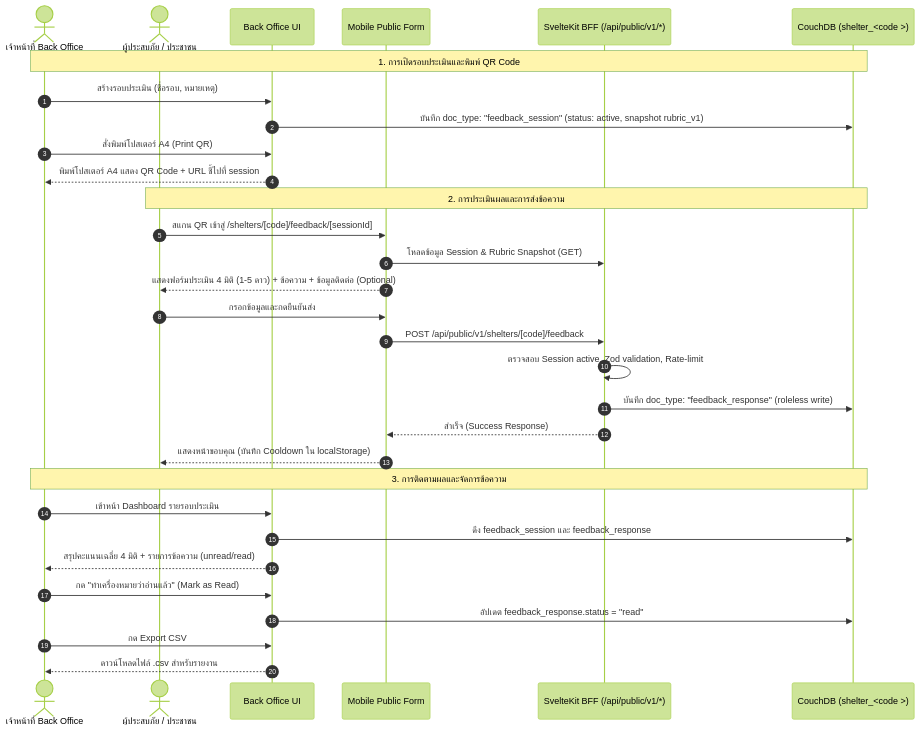
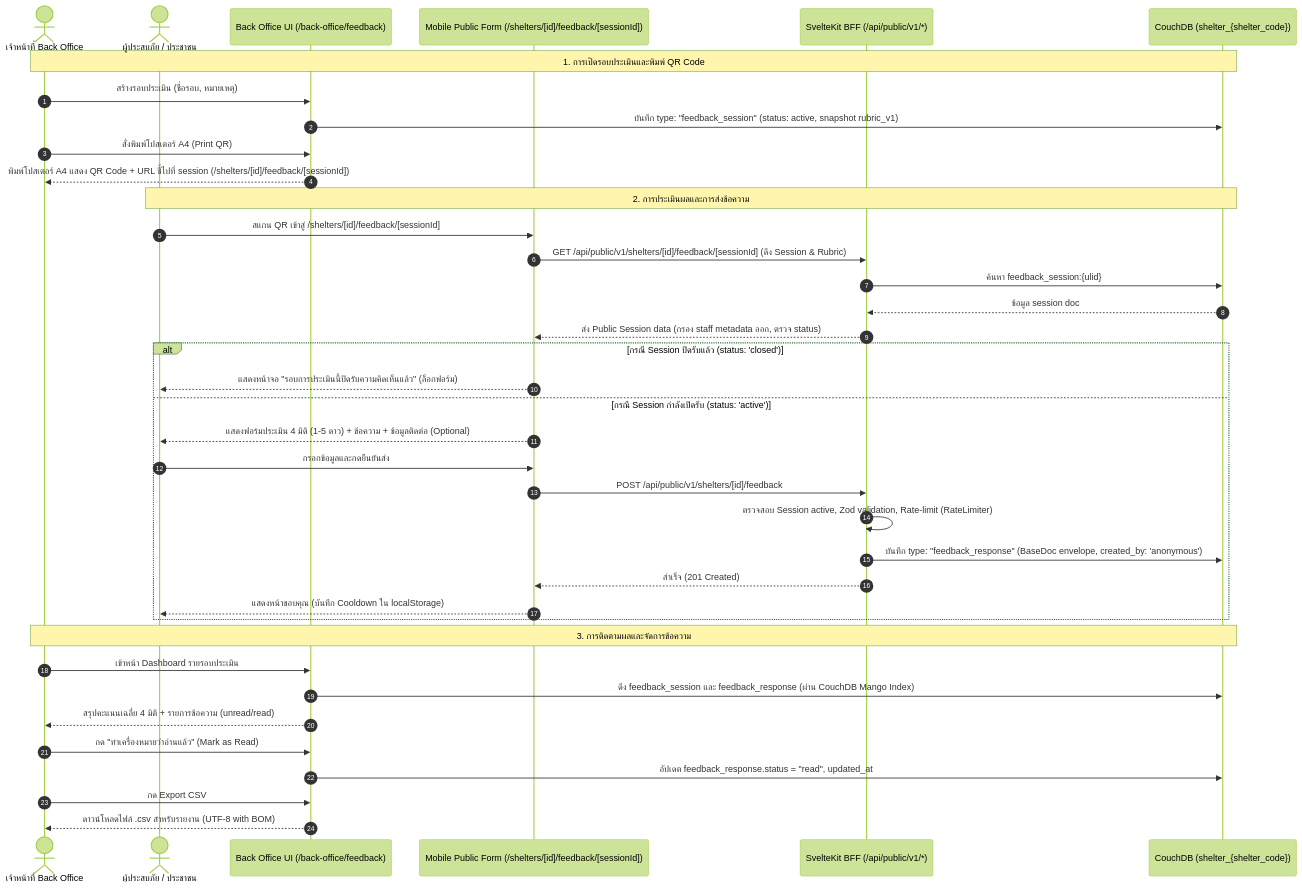
The diagram in docs/features/shelter-feedback-rubric-spec.md (r202-coe-psu/tent), drawn with Mermaid (forest theme) before and after one commit. The commit also changed other lines of this file and 1 other file, not shown here.

````diff
--- a/docs/features/shelter-feedback-rubric-spec.md
+++ b/docs/features/shelter-feedback-rubric-spec.md
@@ -34,39 +34,46 @@
 ```mermaid
 sequenceDiagram
     autonumber
     actor Staff as เจ้าหน้าที่ Back Office
     actor Evacuee as ผู้ประสบภัย / ประชาชน
-    participant BO as Back Office UI
-    participant PublicUI as Mobile Public Form
+    participant BO as Back Office UI (/back-office/feedback)
+    participant PublicUI as Mobile Public Form (/shelters/[id]/feedback/[sessionId])
     participant BFF as SvelteKit BFF (/api/public/v1/*)
-    participant Couch as CouchDB (shelter_<code >)
+    participant Couch as CouchDB (shelter_{shelter_code})
 
     %% Session Creation & Print
     Note over Staff, Couch: 1. การเปิดรอบประเมินและพิมพ์ QR Code
     Staff->>BO: สร้างรอบประเมิน (ชื่อรอบ, หมายเหตุ)
-    BO->>Couch: บันทึก doc_type: "feedback_session" (status: active, snapshot rubric_v1)
+    BO->>Couch: บันทึก type: "feedback_session" (status: active, snapshot rubric_v1)
     Staff->>BO: สั่งพิมพ์โปสเตอร์ A4 (Print QR)
-    BO-->>Staff: พิมพ์โปสเตอร์ A4 แสดง QR Code + URL ชี้ไปที่ session
+    BO-->>Staff: พิมพ์โปสเตอร์ A4 แสดง QR Code + URL ชี้ไปที่ session (/shelters/[id]/feedback/[sessionId])
 
     %% Evacuee Feedback Submission
     Note over Evacuee, Couch: 2. การประเมินผลและการส่งข้อความ
-    Evacuee->>PublicUI: สแกน QR เข้าสู่ /shelters/[code]/feedback/[sessionId]
-    PublicUI->>BFF: โหลดข้อมูล Session & Rubric Snapshot (GET)
-    PublicUI-->>Evacuee: แสดงฟอร์มประเมิน 4 มิติ (1-5 ดาว) + ข้อความ + ข้อมูลติดต่อ (Optional)
-    Evacuee->>PublicUI: กรอกข้อมูลและกดยืนยันส่ง
-    PublicUI->>BFF: POST /api/public/v1/shelters/[code]/feedback
-    BFF->>BFF: ตรวจสอบ Session active, Zod validation, Rate-limit
-    BFF->>Couch: บันทึก doc_type: "feedback_response" (roleless write)
-    BFF-->>PublicUI: สำเร็จ (Success Response)
-    PublicUI-->>Evacuee: แสดงหน้าขอบคุณ (บันทึก Cooldown ใน localStorage)
+    Evacuee->>PublicUI: สแกน QR เข้าสู่ /shelters/[id]/feedback/[sessionId]
+    PublicUI->>BFF: GET /api/public/v1/shelters/[id]/feedback/[sessionId] (ดึง Session & Rubric)
+    BFF->>Couch: ค้นหา feedback_session:{ulid}
+    Couch-->>BFF: ข้อมูล session doc
+    BFF-->>PublicUI: ส่ง Public Session data (กรอง staff metadata ออก, ตรวจ status)
+    alt กรณี Session ปิดรับแล้ว (status: 'closed')
+        PublicUI-->>Evacuee: แสดงหน้าจอ "รอบการประเมินนี้ปิดรับความคิดเห็นแล้ว" (ล็อกฟอร์ม)
+    else กรณี Session กำลังเปิดรับ (status: 'active')
+        PublicUI-->>Evacuee: แสดงฟอร์มประเมิน 4 มิติ (1-5 ดาว) + ข้อความ + ข้อมูลติดต่อ (Optional)
+        Evacuee->>PublicUI: กรอกข้อมูลและกดยืนยันส่ง
+        PublicUI->>BFF: POST /api/public/v1/shelters/[id]/feedback
+        BFF->>BFF: ตรวจสอบ Session active, Zod validation, Rate-limit (RateLimiter)
+        BFF->>Couch: บันทึก type: "feedback_response" (BaseDoc envelope, created_by: 'anonymous')
+        BFF-->>PublicUI: สำเร็จ (201 Created)
+        PublicUI-->>Evacuee: แสดงหน้าขอบคุณ (บันทึก Cooldown ใน localStorage)
+    end
 
     %% Staff Monitoring
     Note over Staff, Couch: 3. การติดตามผลและจัดการข้อความ
     Staff->>BO: เข้าหน้า Dashboard รายรอบประเมิน
-    BO->>Couch: ดึง feedback_session และ feedback_response
+    BO->>Couch: ดึง feedback_session และ feedback_response (ผ่าน CouchDB Mango Index)
     BO-->>Staff: สรุปคะแนนเฉลี่ย 4 มิติ + รายการข้อความ (unread/read)
     Staff->>BO: กด "ทำเครื่องหมายว่าอ่านแล้ว" (Mark as Read)
-    BO->>Couch: อัปเดต feedback_response.status = "read"
+    BO->>Couch: อัปเดต feedback_response.status = "read", updated_at
     Staff->>BO: กด Export CSV
-    BO-->>Staff: ดาวน์โหลดไฟล์ .csv สำหรับรายงาน
+    BO-->>Staff: ดาวน์โหลดไฟล์ .csv สำหรับรายงาน (UTF-8 with BOM)
 ```
````
